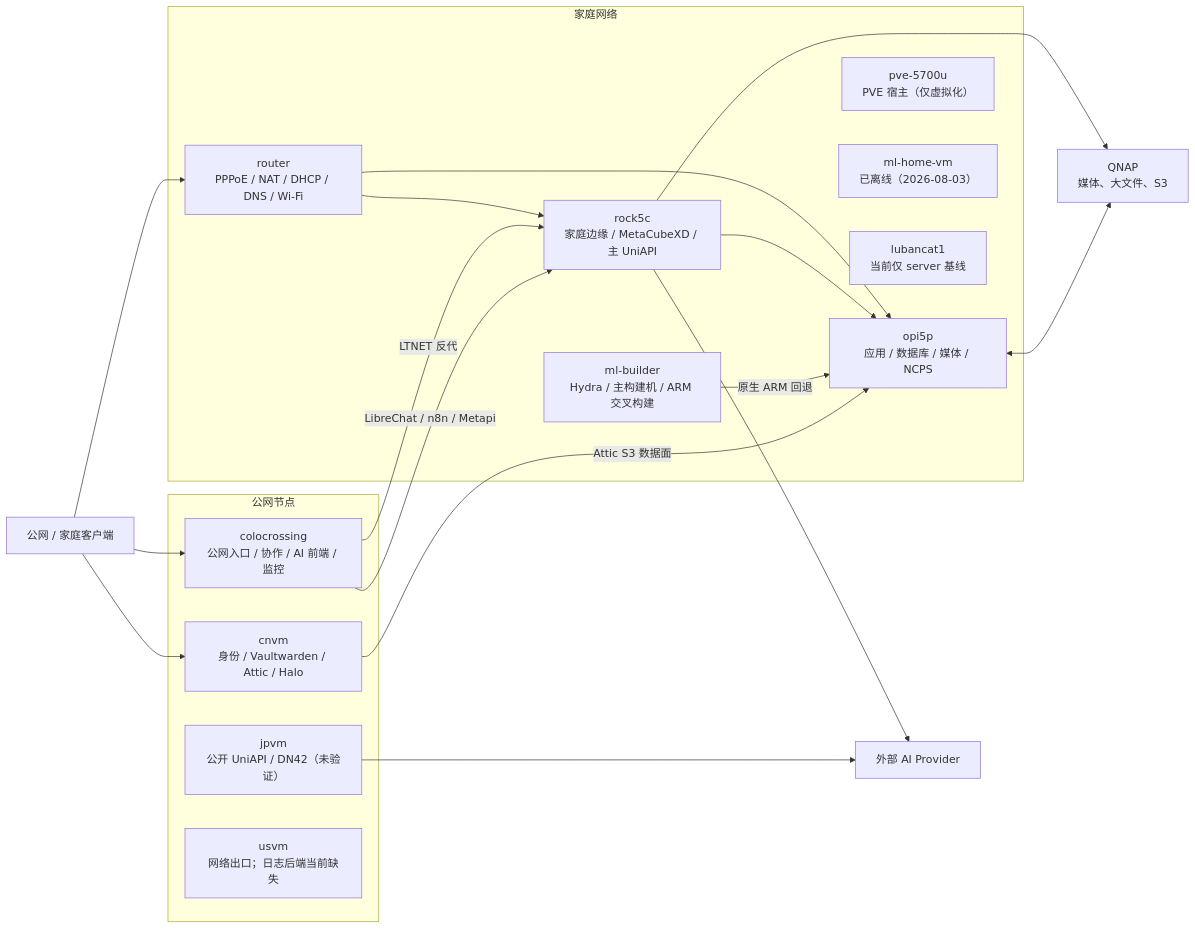
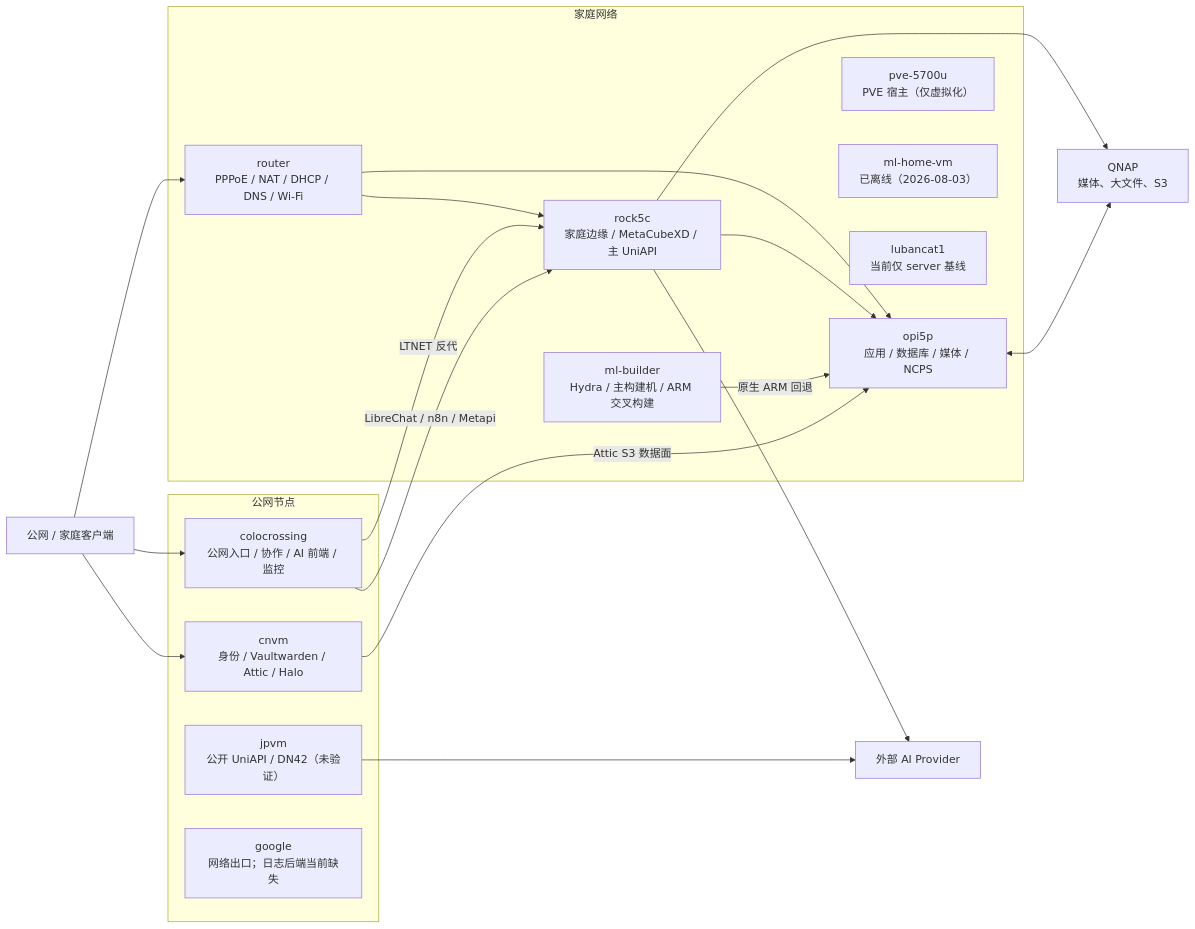
The diagram in docs/infrastructure/fleet-service-chain.md (zhyiheihei/nixos-config), drawn with Mermaid before and after one commit. The commit also changed other lines of this file and 27 other files, not shown here.

First line of the commit message:
refactor(hosts): rename usvm to google (GCP provider name)

````diff
--- a/docs/infrastructure/fleet-service-chain.md
+++ b/docs/infrastructure/fleet-service-chain.md
@@ -20,38 +20,38 @@
 ```mermaid
 flowchart LR
   Client["公网 / 家庭客户端"]
   Provider["外部 AI Provider"]
   QNAP["QNAP\n媒体、大文件、S3"]
 
   subgraph Public["公网节点"]
     CNVM["cnvm\n身份 / Vaultwarden / Attic / Halo"]
     Colo["colocrossing\n公网入口 / 协作 / AI 前端 / 监控"]
     JPVM["jpvm\n公开 UniAPI / DN42（未验证）"]
-    USVM["usvm\n网络出口；日志后端当前缺失"]
+    USVM["google\n网络出口；日志后端当前缺失"]
   end
 
   subgraph Home["家庭网络"]
     Router["router\nPPPoE / NAT / DHCP / DNS / Wi-Fi"]
     Rock["rock5c\n家庭边缘 / MetaCubeXD / 主 UniAPI"]
     OPI["opi5p\n应用 / 数据库 / 媒体 / NCPS"]
     PVE["pve-5700u\nPVE 宿主（仅虚拟化）"]
     Builder["ml-builder\nHydra / 主构建机 / ARM 交叉构建"]
     OldVM["ml-home-vm\n已离线（2026-08-03）"]
     Luban["lubancat1\n当前仅 server 基线"]
   end
 
   Client --> Colo
   Client --> CNVM
   Client --> Router
   Router --> Rock
   Router --> OPI
   Colo -->|"LTNET 反代"| Rock
   Rock --> OPI
   Rock --> QNAP
   OPI <--> QNAP
   Colo -->|"LibreChat / n8n / Metapi"| Rock
   Rock --> Provider
   JPVM --> Provider
   Builder -->|"原生 ARM 回退"| OPI
   CNVM -->|"Attic S3 数据面"| OPI
 ```
````
